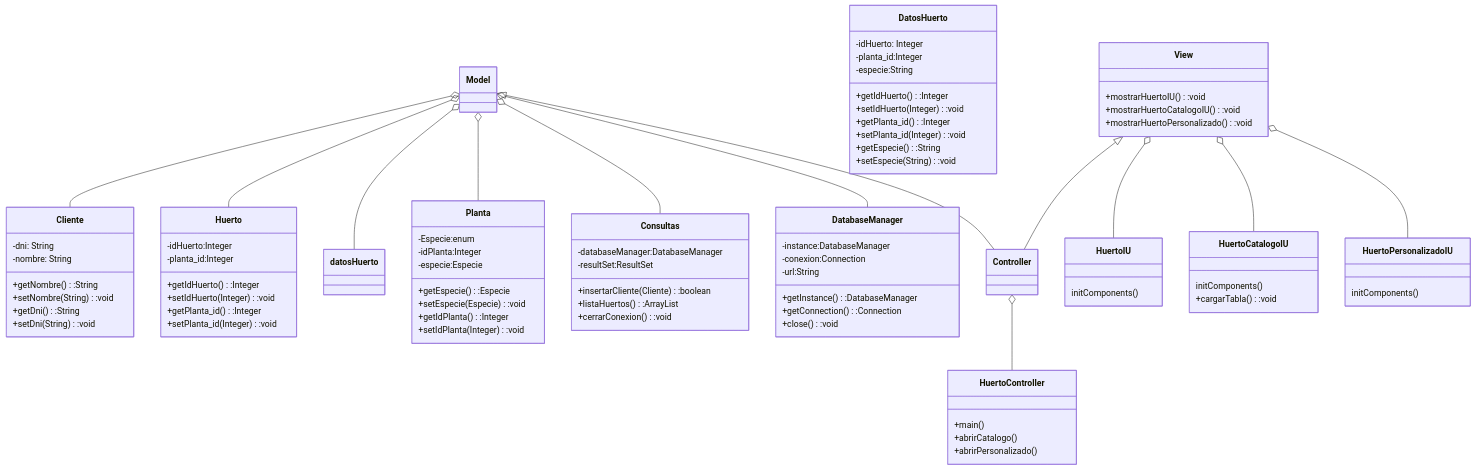
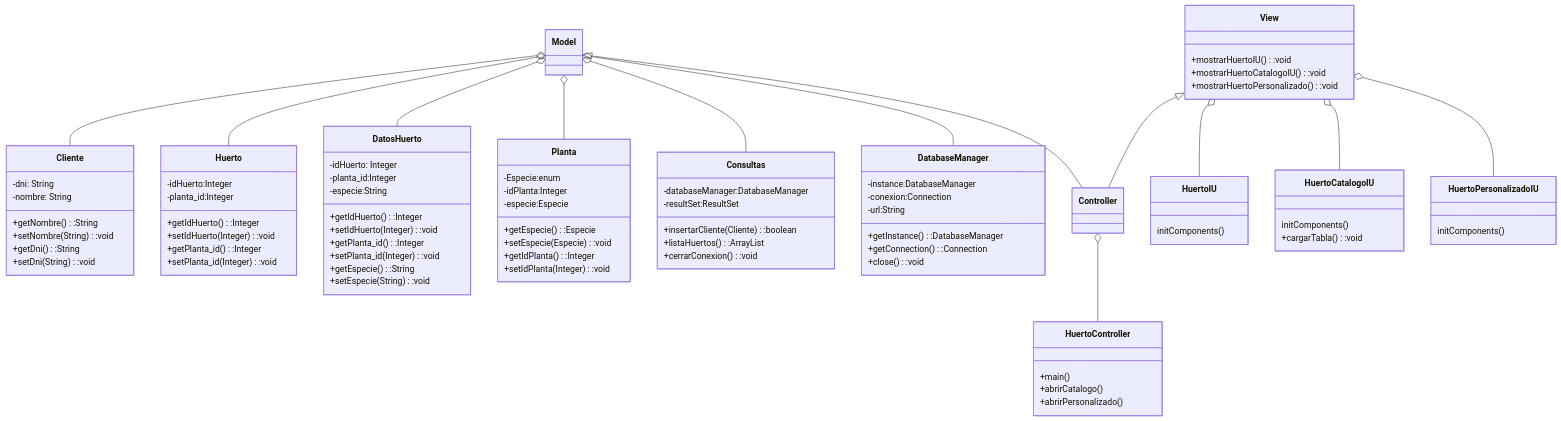
Before and after one commit to SanLopezIgle/proyectoProgra: the first of 2 diagrams in readme.md, drawn with Mermaid.

Commit message:
readme actualizado

````diff
--- a/readme.md
+++ b/readme.md
@@ -14,8 +14,5 @@
 ```mermaid
 classDiagram
-
-class Model {
-}
 
 class Cliente{
 -dni: String
@@ -25,6 +22,7 @@
 +getDni():String
 +setDni(String):void
 }
+
 
 class Consultas{
 -databaseManager:DatabaseManager
@@ -93,9 +91,6 @@
 initComponents()
 }
 
-class Controller{
-}
-
 class HuertoController{
  +main()
  +abrirCatalogo()
@@ -106,7 +101,7 @@
 
 Model o-- Cliente
 Model o-- Huerto
-Model o-- datosHuerto
+Model o-- DatosHuerto
 Model o-- Planta
 Model o-- Consultas
 Model o-- DatabaseManager
````
